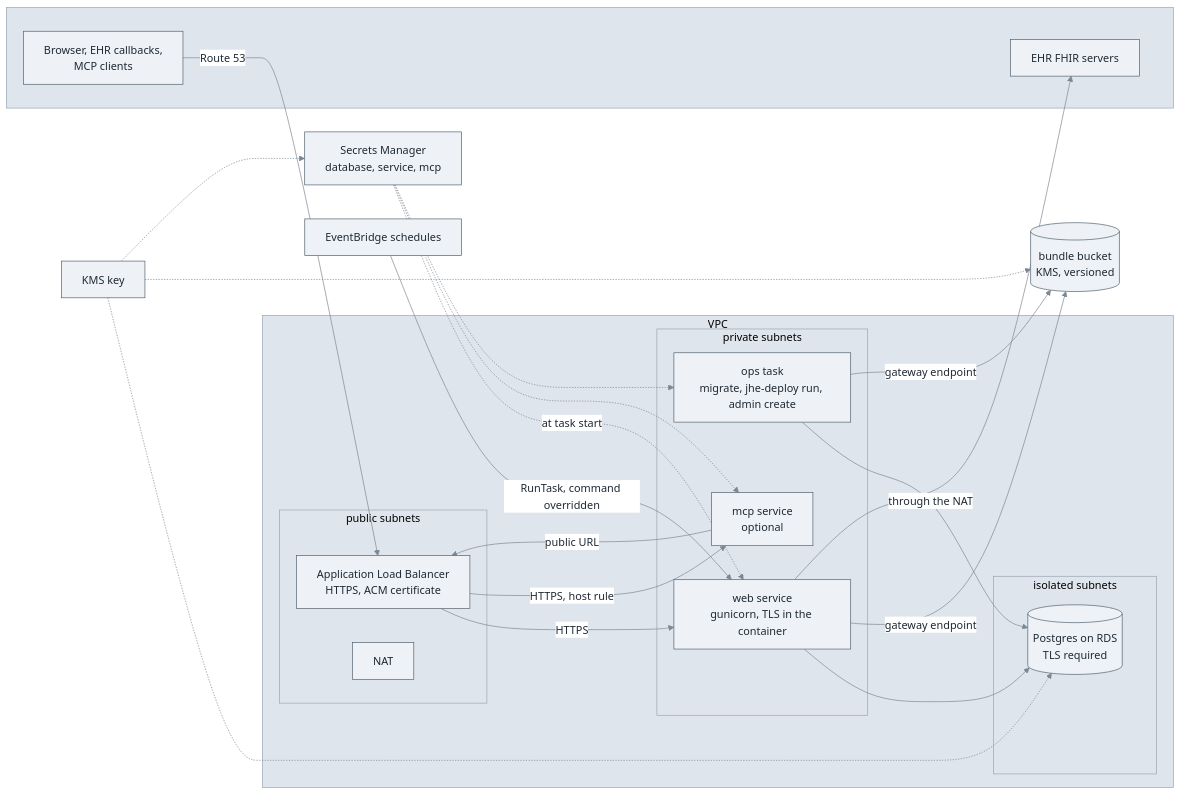
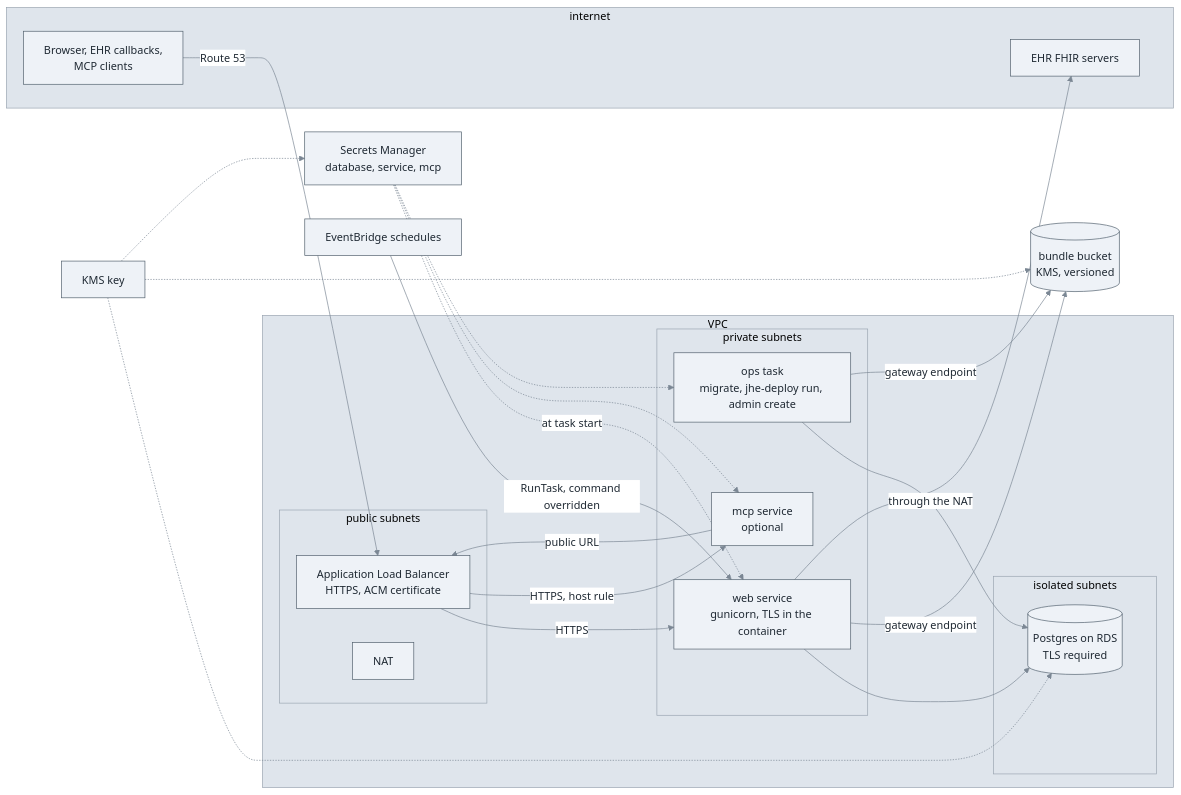
The diagram in README.md (grugna/jupyterhealth-exchange-aws), drawn with Mermaid before and after one commit.

Commit message:
README: the internet group in the diagram gets a title; GitHub's renderer dropped its nodes without one

````diff
--- a/README.md
+++ b/README.md
@@ -12,43 +12,43 @@
 ```mermaid
 %%{init: {"theme": "base", "themeVariables": {"primaryColor": "#eef2f7", "primaryTextColor": "#1f2933", "primaryBorderColor": "#52606d", "lineColor": "#7b8794", "clusterBkg": "#dfe5ec", "clusterBorder": "#9aa5b1", "edgeLabelBackground": "#ffffff", "fontFamily": "sans-serif"}}}%%
 flowchart LR
-    subgraph internet[" "]
+    subgraph internet["internet"]
         browser[Browser, EHR callbacks,<br/>MCP clients]
         ehr[EHR FHIR servers]
     end
     subgraph vpc["VPC"]
         subgraph public["public subnets"]
             alb[Application Load Balancer<br/>HTTPS, ACM certificate]
             nat[NAT]
         end
         subgraph private["private subnets"]
             web[web service<br/>gunicorn, TLS in the container]
             mcp[mcp service<br/>optional]
             ops[ops task<br/>migrate, jhe-deploy run, admin create]
         end
         subgraph isolated["isolated subnets"]
             db[(Postgres on RDS<br/>TLS required)]
         end
     end
     s3[(bundle bucket<br/>KMS, versioned)]
     secrets[Secrets Manager<br/>database, service, mcp]
     kms[KMS key]
     events[EventBridge schedules]
 
     browser -->|Route 53| alb
     alb -->|HTTPS| web
     alb -->|HTTPS, host rule| mcp
     web --> db
     ops --> db
     web -->|gateway endpoint| s3
     ops -->|gateway endpoint| s3
     web -->|through the NAT| ehr
     mcp -->|public URL| alb
     events -->|RunTask, command overridden| web
     secrets -.->|at task start| web
     secrets -.-> mcp
     secrets -.-> ops
     kms -.-> db
     kms -.-> s3
     kms -.-> secrets
 ```
````
